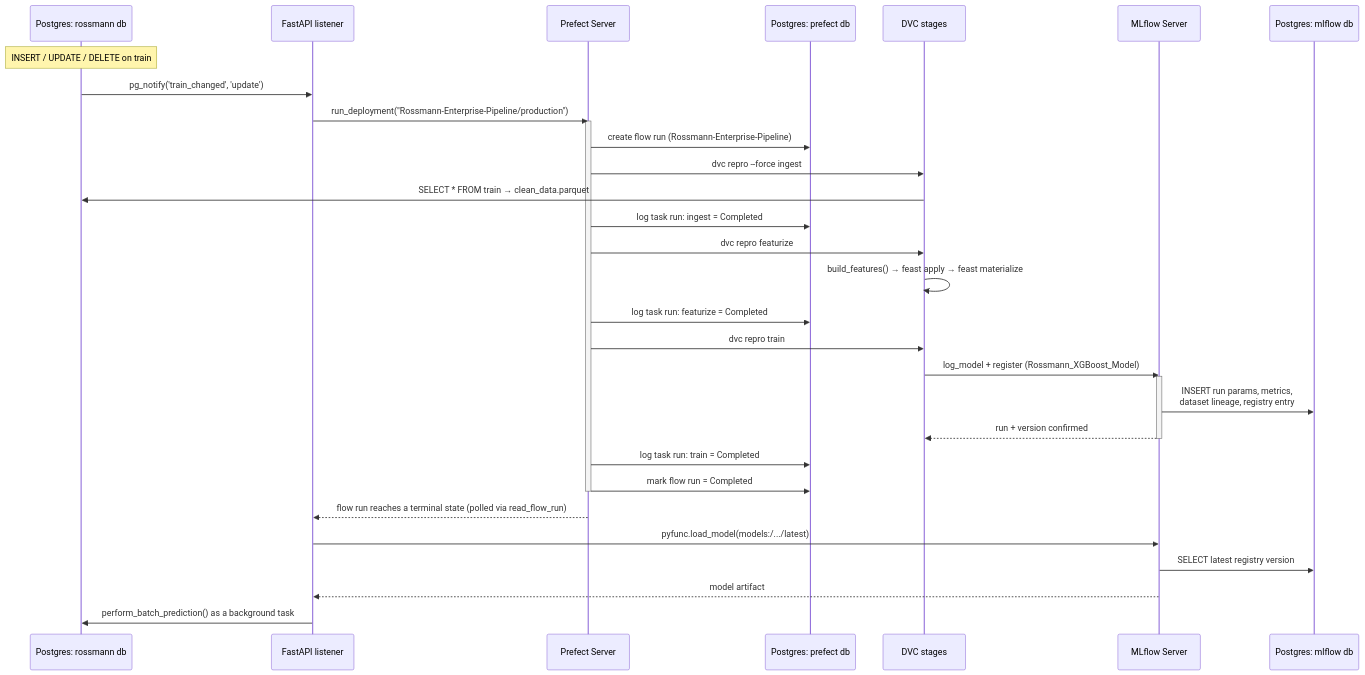
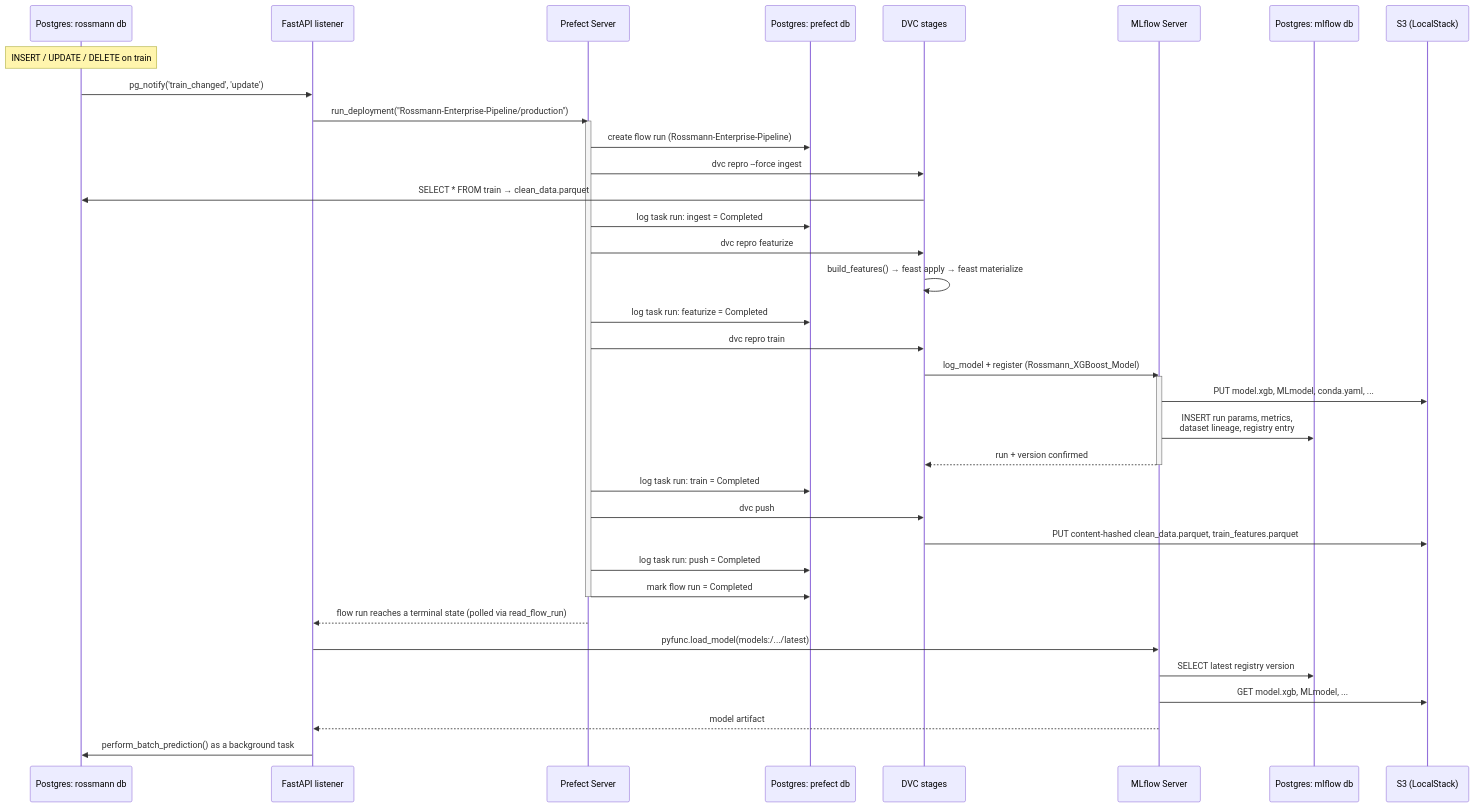
The second of 2 diagrams in README.md (benkeddad/mlops-demand-forecast), drawn with Mermaid before and after one commit. The commit also changed other lines of this file and 20 other files, not shown here.

````diff
--- a/README.md
+++ b/README.md
@@ -181,36 +181,42 @@
 ```mermaid
 sequenceDiagram
     participant PG as Postgres: rossmann db
     participant API as FastAPI listener
     participant PRF as Prefect Server
     participant PRFDB as Postgres: prefect db
     participant DVC as DVC stages
     participant MLF as MLflow Server
     participant MLFDB as Postgres: mlflow db
+    participant S3 as S3 (LocalStack)
 
     Note over PG: INSERT / UPDATE / DELETE on train
     PG->>API: pg_notify('train_changed', 'update')
     API->>PRF: run_deployment("Rossmann-Enterprise-Pipeline/production")
     activate PRF
     PRF->>PRFDB: create flow run (Rossmann-Enterprise-Pipeline)
     PRF->>DVC: dvc repro --force ingest
     DVC->>PG: SELECT * FROM train → clean_data.parquet
     PRF->>PRFDB: log task run: ingest = Completed
     PRF->>DVC: dvc repro featurize
     DVC->>DVC: build_features() → feast apply → feast materialize
     PRF->>PRFDB: log task run: featurize = Completed
     PRF->>DVC: dvc repro train
     DVC->>MLF: log_model + register (Rossmann_XGBoost_Model)
     activate MLF
+    MLF->>S3: PUT model.xgb, MLmodel, conda.yaml, ...
     MLF->>MLFDB: INSERT run params, metrics,<br/>dataset lineage, registry entry
     MLF-->>DVC: run + version confirmed
     deactivate MLF
     PRF->>PRFDB: log task run: train = Completed
+    PRF->>DVC: dvc push
+    DVC->>S3: PUT content-hashed clean_data.parquet, train_features.parquet
+    PRF->>PRFDB: log task run: push = Completed
     PRF->>PRFDB: mark flow run = Completed
     deactivate PRF
     PRF-->>API: flow run reaches a terminal state (polled via read_flow_run)
     API->>MLF: pyfunc.load_model(models:/.../latest)
     MLF->>MLFDB: SELECT latest registry version
+    MLF->>S3: GET model.xgb, MLmodel, ...
     MLF-->>API: model artifact
     API->>PG: perform_batch_prediction() as a background task
 ```
````
